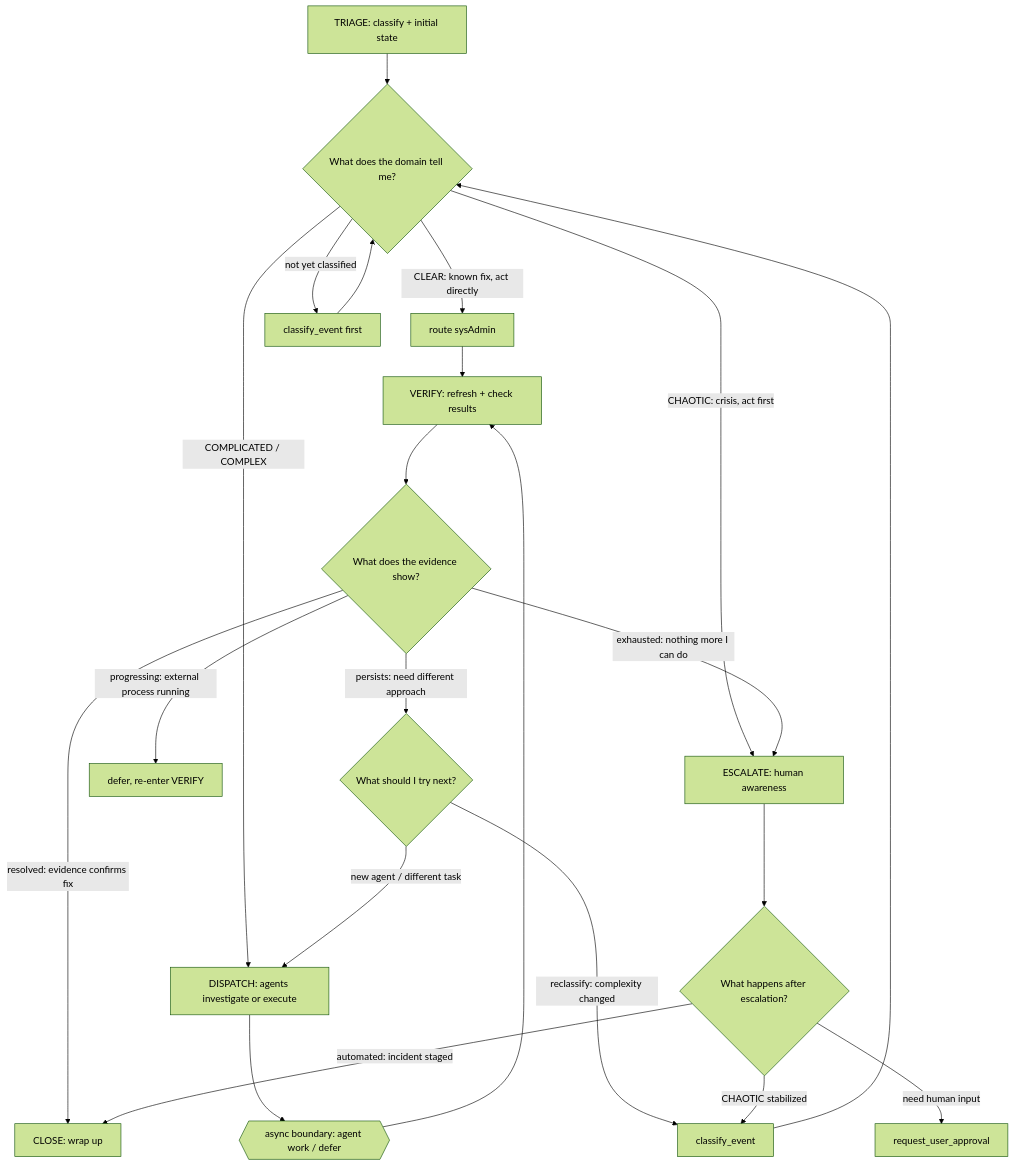
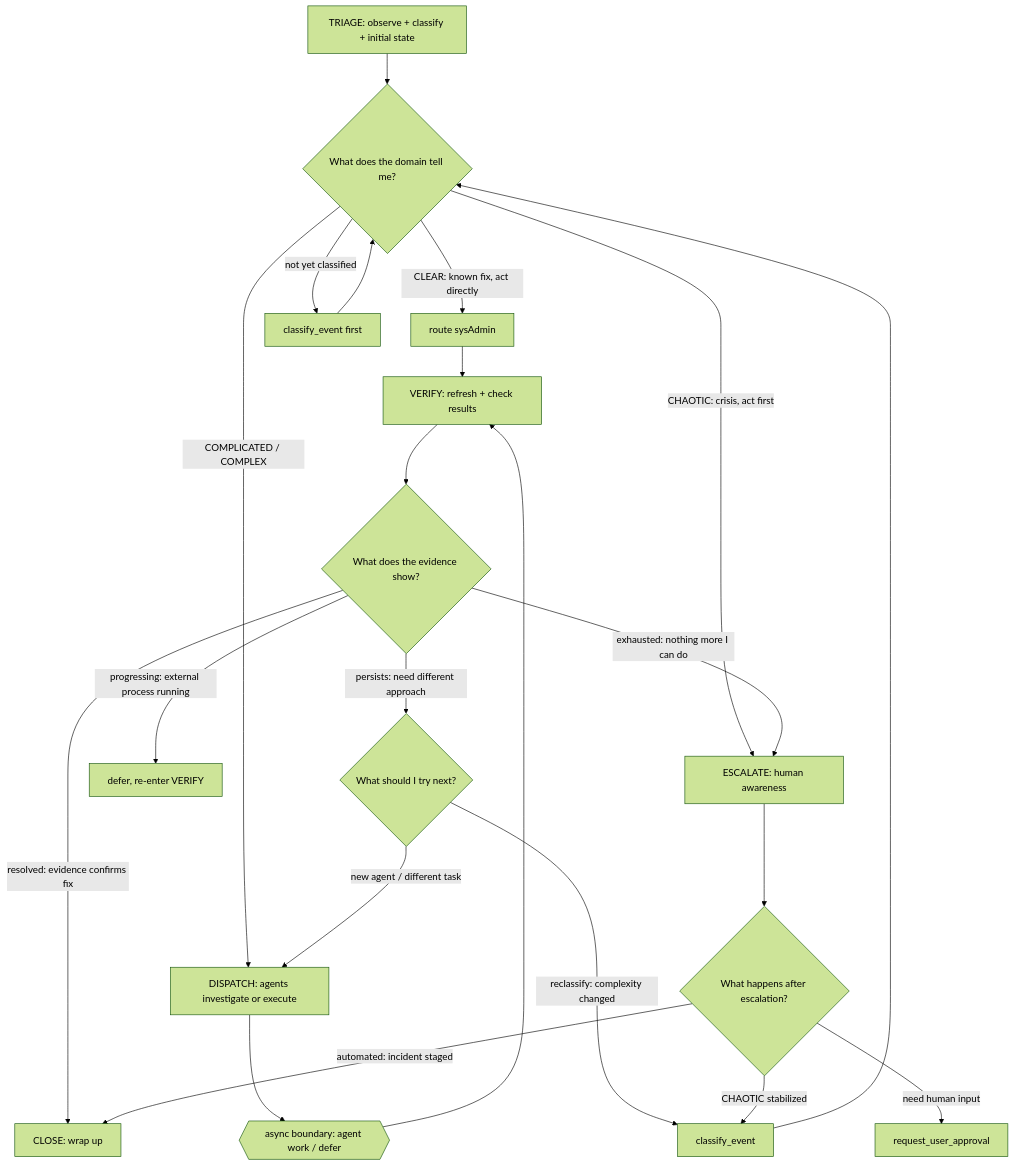
Before and after one commit to The-Darwin-Project/Blackboard: the first of 5 diagrams in src/agents/brain_skills/always/09-phase-lifecycle.md, drawn with Mermaid (forest theme). The commit also changed other lines of this file and 9 other files, not shown here.

````diff
--- a/src/agents/brain_skills/always/09-phase-lifecycle.md
+++ b/src/agents/brain_skills/always/09-phase-lifecycle.md
@@ -15,39 +15,39 @@
 ```mermaid
 graph TD
-    TRIAGE["TRIAGE: classify + initial state"]
+    TRIAGE["TRIAGE: observe + classify + initial state"]
 
     TRIAGE --> ASSESS{"What does the domain tell me?"}
 
     ASSESS -->|"CLEAR: known fix, act directly"| CLEAR_SKIP["route sysAdmin"]
     CLEAR_SKIP --> VERIFY
     ASSESS -->|"COMPLICATED / COMPLEX"| DISPATCH
     ASSESS -->|"CHAOTIC: crisis, act first"| ESCALATE
     ASSESS -->|"not yet classified"| CLASSIFY["classify_event first"]
     CLASSIFY --> ASSESS
 
     DISPATCH["DISPATCH: agents investigate or execute"]
 
     DISPATCH --> WAIT_ASYNC{{"async boundary: agent work / defer"}}
 
     WAIT_ASYNC --> VERIFY["VERIFY: refresh + check results"]
 
     VERIFY --> EVAL{"What does the evidence show?"}
 
     EVAL -->|"resolved: evidence confirms fix"| CLOSE
     EVAL -->|"progressing: external process running"| DEFER_WAIT["defer, re-enter VERIFY"]
     EVAL -->|"persists: need different approach"| RETHINK{"What should I try next?"}
     EVAL -->|"exhausted: nothing more I can do"| ESCALATE
 
     RETHINK -->|"new agent / different task"| DISPATCH
     RETHINK -->|"reclassify: complexity changed"| RECLASS["classify_event"]
     RECLASS --> ASSESS
 
     ESCALATE["ESCALATE: human awareness"]
     ESCALATE --> POST_ESC{"What happens after escalation?"}
 
     POST_ESC -->|"automated: incident staged"| CLOSE
     POST_ESC -->|"need human input"| WAIT_HUMAN["request_user_approval"]
     POST_ESC -->|"CHAOTIC stabilized"| RECLASS
 
     CLOSE["CLOSE: wrap up"]
 ```
````
